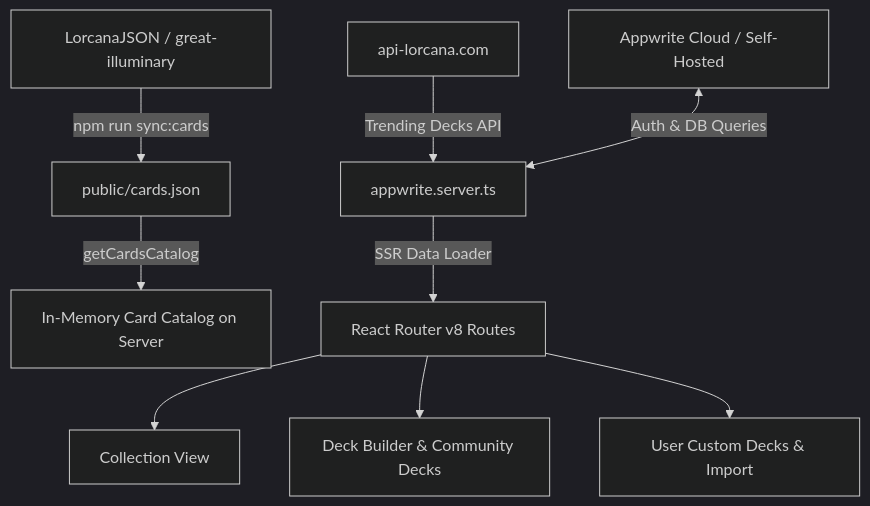
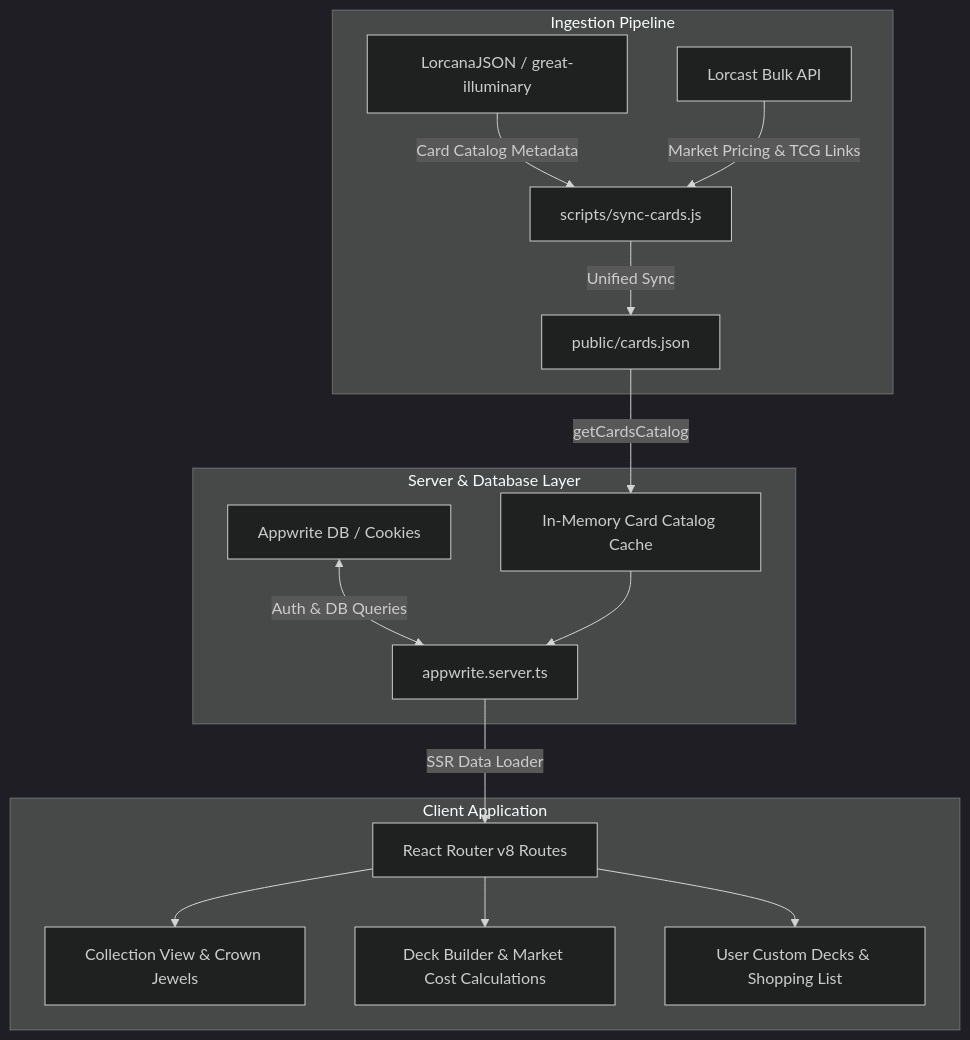
Before and after one commit to JGordy/lorcana-tracker: the first of 2 diagrams in docs/ARCHITECTURE.md, drawn with Mermaid (dark theme). The commit also changed 5 other files, not shown here.

Commit message:
feat(sync): enrich cards catalog with live Lorcast market prices and purchase links

````diff
--- a/docs/ARCHITECTURE.md
+++ b/docs/ARCHITECTURE.md
@@ -9,13 +9,21 @@
 ```mermaid
 graph TD
-    A[LorcanaJSON / great-illuminary] -->|npm run sync:cards| B[public/cards.json]
-    B -->|getCardsCatalog| C[In-Memory Card Catalog on Server]
+    subgraph Ingestion Pipeline
+        A[LorcanaJSON / great-illuminary] -->|Card Catalog Metadata| SYNC[scripts/sync-cards.js]
+        B[Lorcast Bulk API] -->|Market Pricing & TCG Links| SYNC
+        SYNC -->|Unified Sync| C[public/cards.json]
+    end
 
-    D[api-lorcana.com] -->|Trending Decks API| E[appwrite.server.ts]
-    F[Appwrite Cloud / Self-Hosted] <-->|Auth & DB Queries| E
+    subgraph Server & Database Layer
+        C -->|getCardsCatalog| D[In-Memory Card Catalog Cache]
+        E[Appwrite DB / Cookies] <-->|Auth & DB Queries| F[appwrite.server.ts]
+        D --> F
+    end
 
-    E -->|SSR Data Loader| G[React Router v8 Routes]
-    G --> H[Collection View]
-    G --> I[Deck Builder & Community Decks]
-    G --> J[User Custom Decks & Import]
+    subgraph Client Application
+        F -->|SSR Data Loader| G[React Router v8 Routes]
+        G --> H[Collection View & Crown Jewels]
+        G --> I[Deck Builder & Market Cost Calculations]
+        G --> J[User Custom Decks & Shopping List]
+    end
 ```
````
